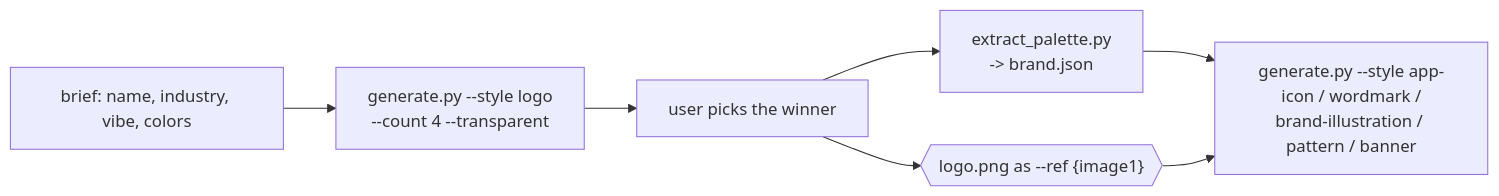
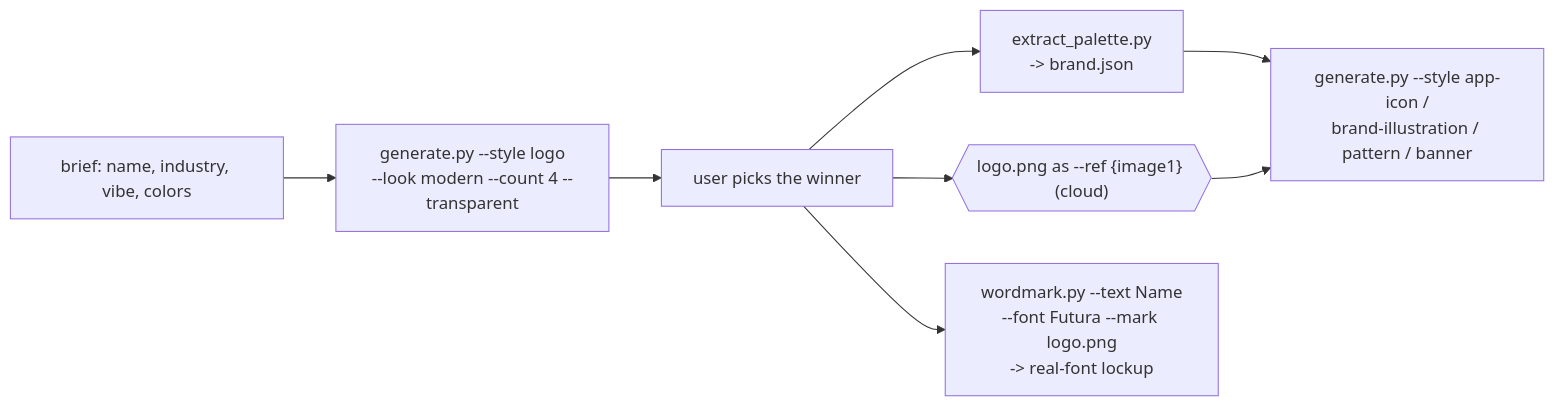
The diagram in brand-logo-kit/SKILL.md (puntorigen/skills), drawn with Mermaid before and after one commit. The commit also changed other lines of this file and 9 other files, not shown here.

First line of the commit message:
Refactor brand-logo-kit skill for improved local-first functionality and documentation

````diff
--- a/brand-logo-kit/SKILL.md
+++ b/brand-logo-kit/SKILL.md
@@ -25,9 +27,10 @@
 ```mermaid
 flowchart LR
-  Brief["brief: name, industry, vibe, colors"] --> Logo["generate.py --style logo<br/>--count 4 --transparent"]
+  Brief["brief: name, industry, vibe, colors"] --> Logo["generate.py --style logo<br/>--look modern --count 4 --transparent"]
   Logo --> Pick["user picks the winner"]
   Pick --> Pal["extract_palette.py<br/>-> brand.json"]
-  Pick --> Ref{{"logo.png as --ref {image1}"}}
-  Pal --> Assets["generate.py --style app-icon / wordmark /<br/>brand-illustration / pattern / banner"]
+  Pick --> Ref{{"logo.png as --ref {image1} (cloud)"}}
+  Pick --> WM["wordmark.py --text Name<br/>--font Futura --mark logo.png<br/>-> real-font lockup"]
+  Pal --> Assets["generate.py --style app-icon /<br/>brand-illustration / pattern / banner"]
   Ref --> Assets
 ```
````
